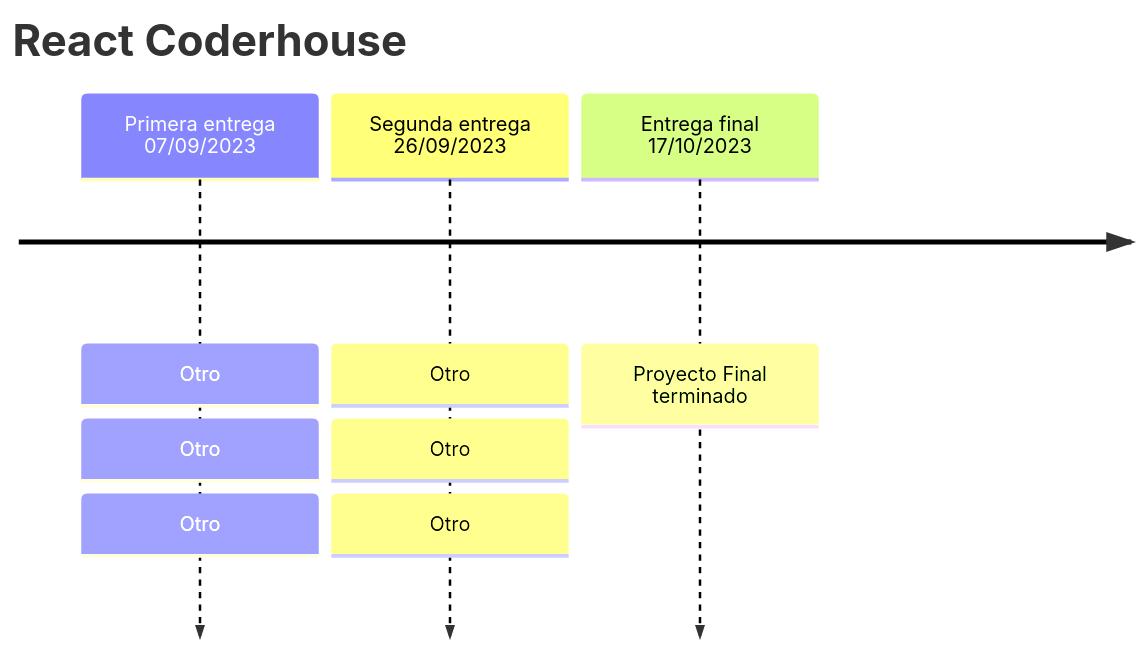
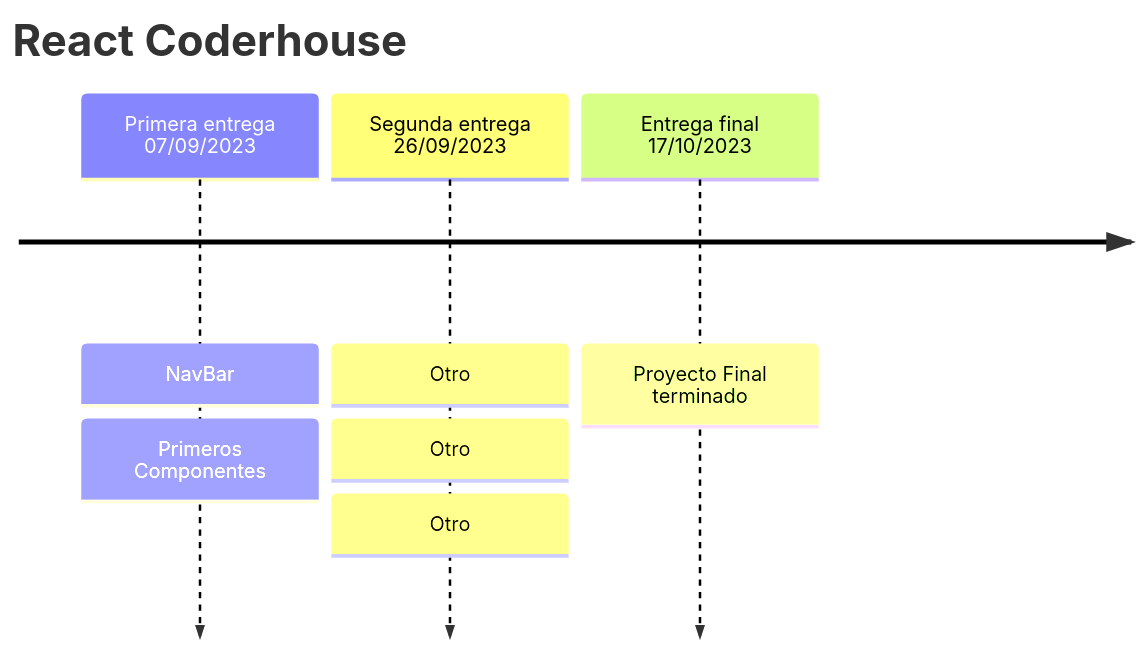
One commit to agusflores/e-commerce changed the diagram in README.md. Above: the diagram before and after it, drawn with Mermaid.

````diff
--- a/README.md
+++ b/README.md
@@ -17,7 +17,7 @@
 ``` mermaid
 timeline
     title React Coderhouse
-    Primera entrega 07/09/2023 : Otro : Otro : Otro
+    Primera entrega 07/09/2023 : NavBar : Primeros Componentes
     Segunda entrega 26/09/2023 : Otro : Otro : Otro
     Entrega final 17/10/2023   : Proyecto Final terminado
 ```
````
